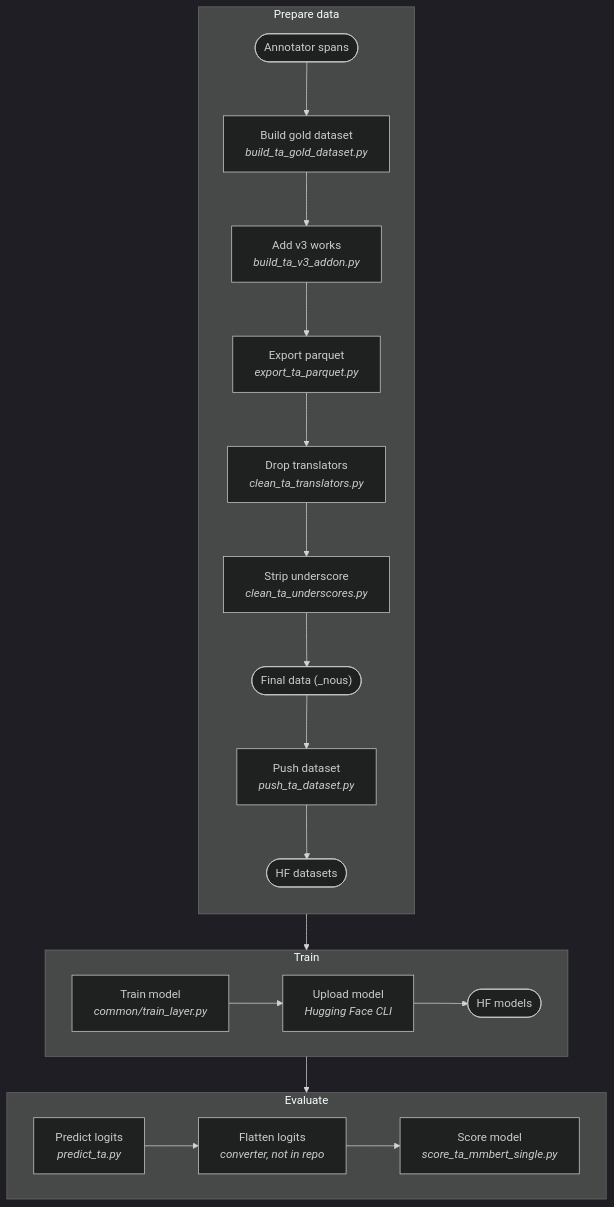
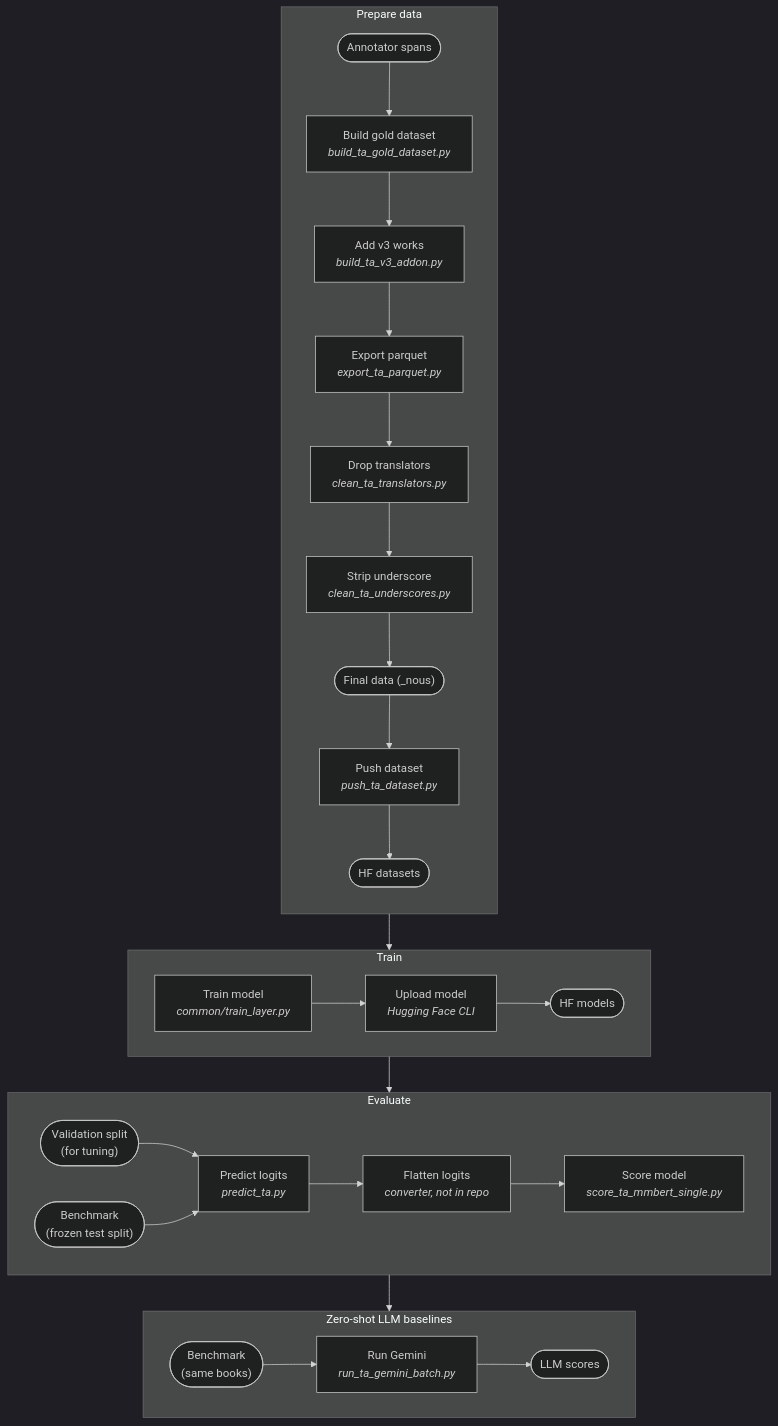
One commit to tenzinyonten/tibetan-layer-detection changed the diagram in title_author/docs/pipeline.mmd. Above: the diagram before and after it, drawn with Mermaid (dark theme). The commit also changed 14 other files, not shown here.

Commit message:
Charts: benchmark, validation and LLM-baseline boxes for Sabche, Quotation, Title/author, Tsawa, Yigchung

```diff
--- a/title_author/docs/pipeline.mmd
+++ b/title_author/docs/pipeline.mmd
@@ -1,25 +1,33 @@
 %%{init: {"flowchart": {"htmlLabels": false}}}%%
 flowchart TD
   subgraph PREP["Prepare data"]
     direction TB
     F1(["Annotator spans"]) --> S1["Build gold dataset<br/><i>build_ta_gold_dataset.py</i>"]
     S1 --> S2["Add v3 works<br/><i>build_ta_v3_addon.py</i>"]
     S2 --> S3["Export parquet<br/><i>export_ta_parquet.py</i>"]
     S3 --> S4["Drop translators<br/><i>clean_ta_translators.py</i>"]
     S4 --> S5["Strip underscore<br/><i>clean_ta_underscores.py</i>"]
     S5 --> F2(["Final data (_nous)"])
     F2 --> S6["Push dataset<br/><i>push_ta_dataset.py</i>"]
     S6 --> F3(["HF datasets"])
   end
   subgraph TRAIN["Train"]
     direction LR
     T1["Train model<br/><i>common/train_layer.py</i>"] --> T2["Upload model<br/><i>Hugging Face CLI</i>"]
     T2 --> F4(["HF models"])
   end
   subgraph EVAL["Evaluate"]
     direction LR
-    E1["Predict logits<br/><i>predict_ta.py</i>"] --> E2["Flatten logits<br/><i>converter, not in repo</i>"]
+    V(["Validation split<br/>(for tuning)"]) --> E1["Predict logits<br/><i>predict_ta.py</i>"]
+    B(["Benchmark<br/>(frozen test split)"]) --> E1["Predict logits<br/><i>predict_ta.py</i>"]
+    E1 --> E2["Flatten logits<br/><i>converter, not in repo</i>"]
     E2 --> E3["Score model<br/><i>score_ta_mmbert_single.py</i>"]
+  end
+  subgraph BASE["Zero-shot LLM baselines"]
+    direction LR
+    B2(["Benchmark<br/>(same books)"]) --> Z1["Run Gemini<br/><i>run_ta_gemini_batch.py</i>"]
+    Z1 --> Z2(["LLM scores"])
   end
   PREP --> TRAIN
   TRAIN --> EVAL
+  EVAL --> BASE
```
